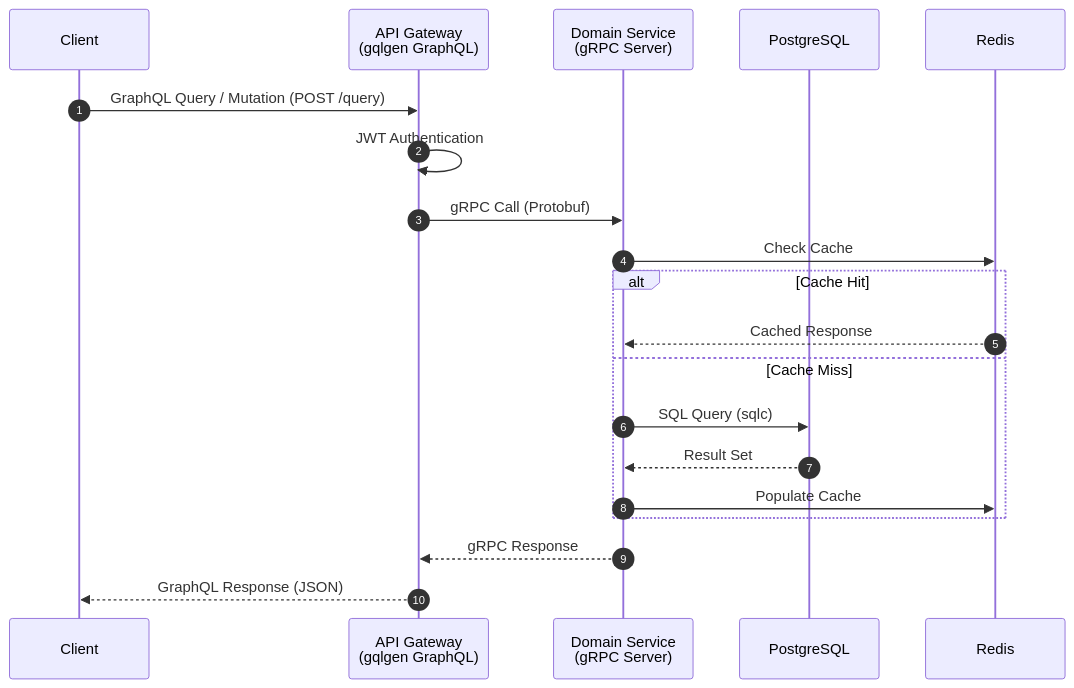
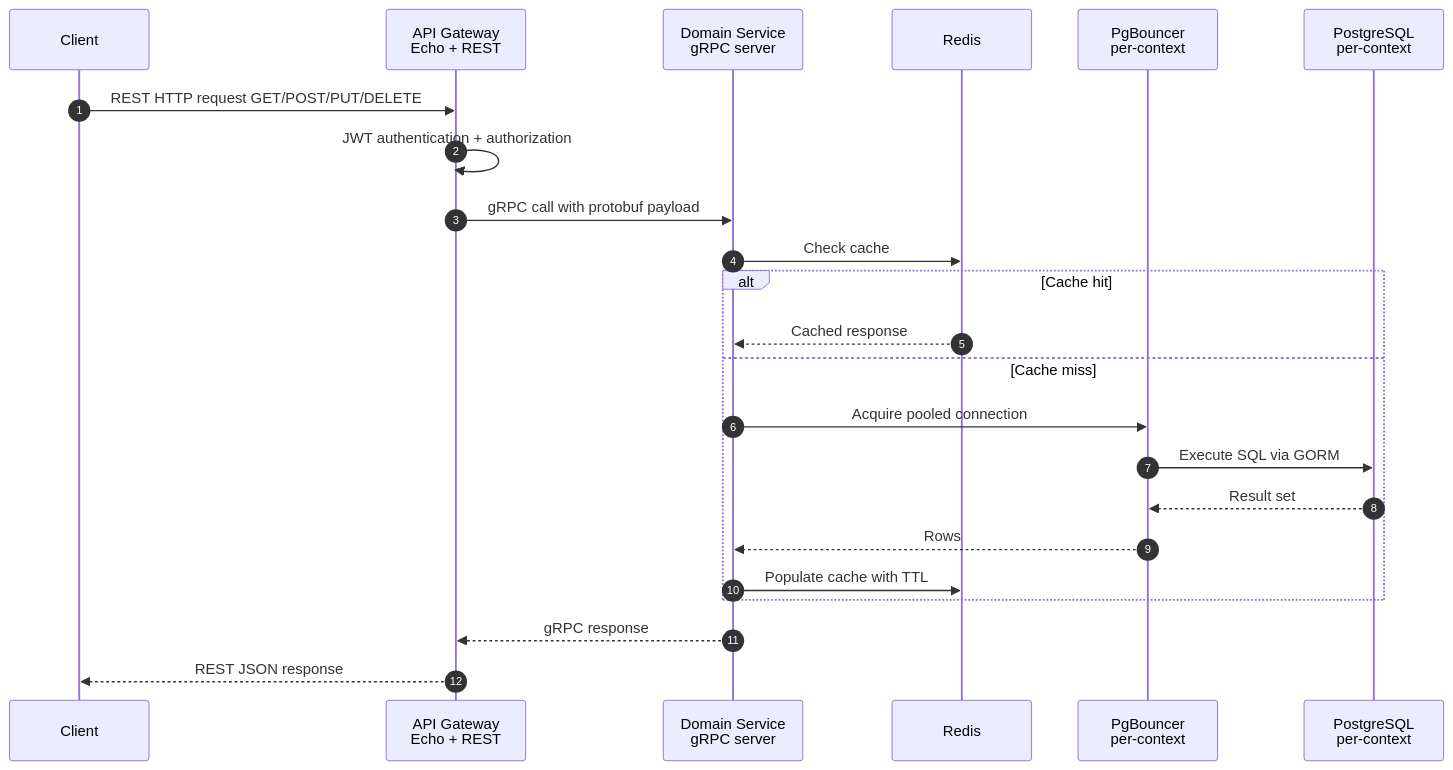
The eighth of 14 diagrams in README.md (MamangRust/microservice-ecommerce-grpc-graphql), drawn with Mermaid before and after one commit. The commit also changed other lines of this file and 1253 other files, not shown here.

Commit message:
PostgreSQL cluster-per-bounded-context

````diff
--- a/README.md
+++ b/README.md
@@ -285,23 +690,26 @@
 ```mermaid
 sequenceDiagram
     autonumber
     participant C as Client
-    participant GW as API Gateway<br/>(gqlgen GraphQL)
-    participant SVC as Domain Service<br/>(gRPC Server)
-    participant DB as PostgreSQL
-    participant CACHE as Redis
+    participant GW as API Gateway<br/>Echo + REST
+    participant SVC as Domain Service<br/>gRPC server
+    participant REDIS as Redis
+    participant PGB as PgBouncer<br/>per-context
+    participant DB as PostgreSQL<br/>per-context
 
-    C->>GW: GraphQL Query / Mutation (POST /query)
-    GW->>GW: JWT Authentication
-    GW->>SVC: gRPC Call (Protobuf)
-    SVC->>CACHE: Check Cache
-    alt Cache Hit
-        CACHE-->>SVC: Cached Response
-    else Cache Miss
-        SVC->>DB: SQL Query (sqlc)
-        DB-->>SVC: Result Set
-        SVC->>CACHE: Populate Cache
+    C->>GW: REST HTTP request GET/POST/PUT/DELETE
+    GW->>GW: JWT authentication + authorization
+    GW->>SVC: gRPC call with protobuf payload
+    SVC->>REDIS: Check cache
+    alt Cache hit
+        REDIS-->>SVC: Cached response
+    else Cache miss
+        SVC->>PGB: Acquire pooled connection
+        PGB->>DB: Execute SQL via GORM
+        DB-->>PGB: Result set
+        PGB-->>SVC: Rows
+        SVC->>REDIS: Populate cache with TTL
     end
-    SVC-->>GW: gRPC Response
-    GW-->>C: GraphQL Response (JSON)
+    SVC-->>GW: gRPC response
+    GW-->>C: REST JSON response
 ```
````
